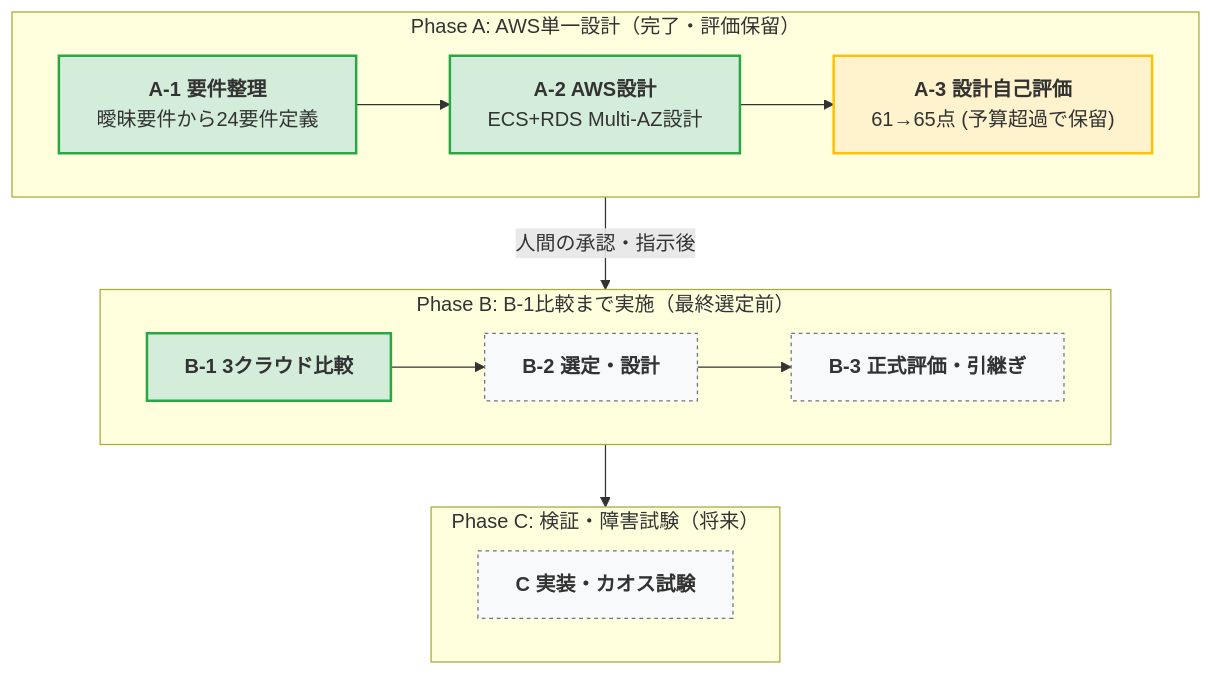
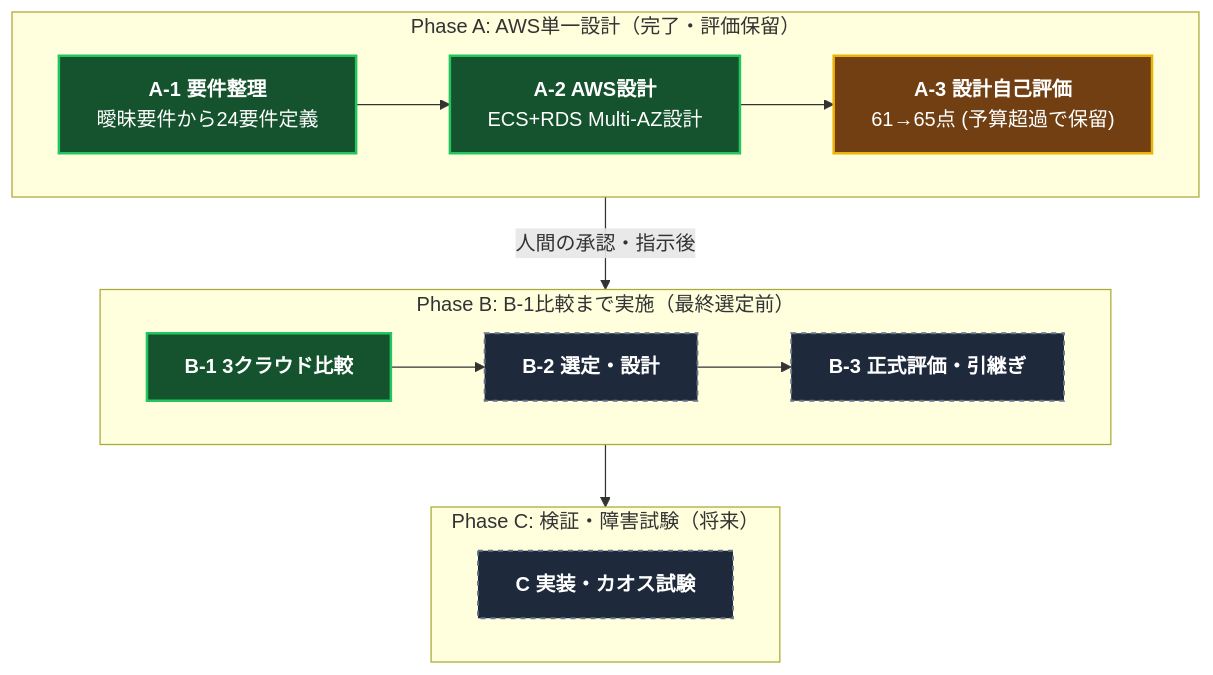
The second of 3 diagrams in README.md (moruku36/cloud-validation-level3-astra-light), drawn with Mermaid before and after one commit. The commit also changed 2 other files, not shown here.

Commit message:
fix(diagram): improve text contrast and readability in dark mode

````diff
--- a/README.md
+++ b/README.md
@@ -38,25 +38,25 @@
 ```mermaid
 flowchart TB
   subgraph PhaseA ["Phase A: AWS単一設計（完了・評価保留）"]
     direction LR
     A1["<b>A-1 要件整理</b><br/>曖昧要件から24要件定義"] --> A2["<b>A-2 AWS設計</b><br/>ECS+RDS Multi-AZ設計"] --> A3["<b>A-3 設計自己評価</b><br/>61→65点 (予算超過で保留)"]
   end
   subgraph PhaseB ["Phase B: B-1比較まで実施（最終選定前）"]
     direction LR
     B1["<b>B-1 3クラウド比較</b>"] --> B2["<b>B-2 選定・設計</b>"] --> B3["<b>B-3 正式評価・引継ぎ</b>"]
   end
   subgraph PhaseC ["Phase C: 検証・障害試験（将来）"]
     C1["<b>C 実装・カオス試験</b>"]
   end
 
   PhaseA -->|人間の承認・指示後| PhaseB
   PhaseB --> PhaseC
 
-  classDef done fill:#d4edda,stroke:#28a745,stroke-width:2px;
-  classDef pending fill:#fff3cd,stroke:#ffc107,stroke-width:2px;
-  classDef future fill:#f8f9fa,stroke:#6c757d,stroke-width:1px,stroke-dasharray: 3 3;
+  classDef done fill:#14532d,stroke:#22c55e,stroke-width:2px,color:#ffffff;
+  classDef pending fill:#713f12,stroke:#eab308,stroke-width:2px,color:#ffffff;
+  classDef future fill:#1e293b,stroke:#64748b,stroke-width:1.5px,stroke-dasharray: 4 4,color:#ffffff;
   class A1,A2 done;
   class A3 pending;
   class B1 done;
   class B2,B3,C1 future;
 ```
````
